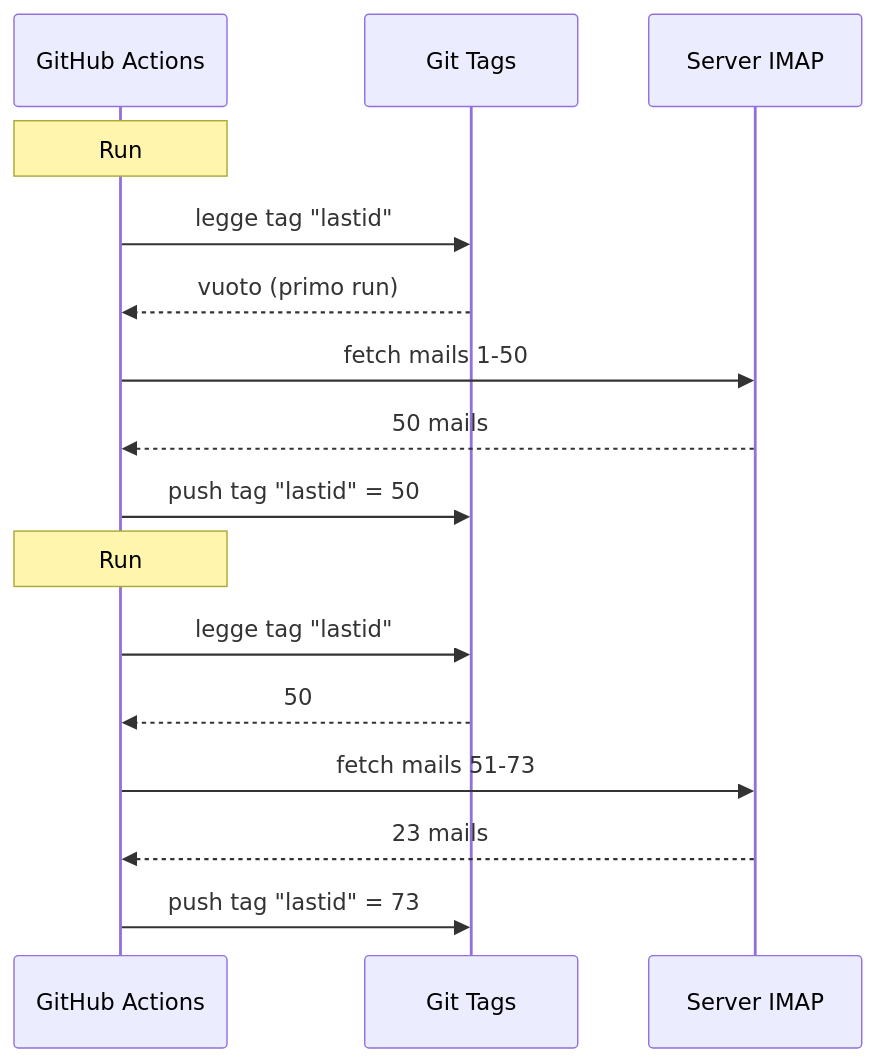
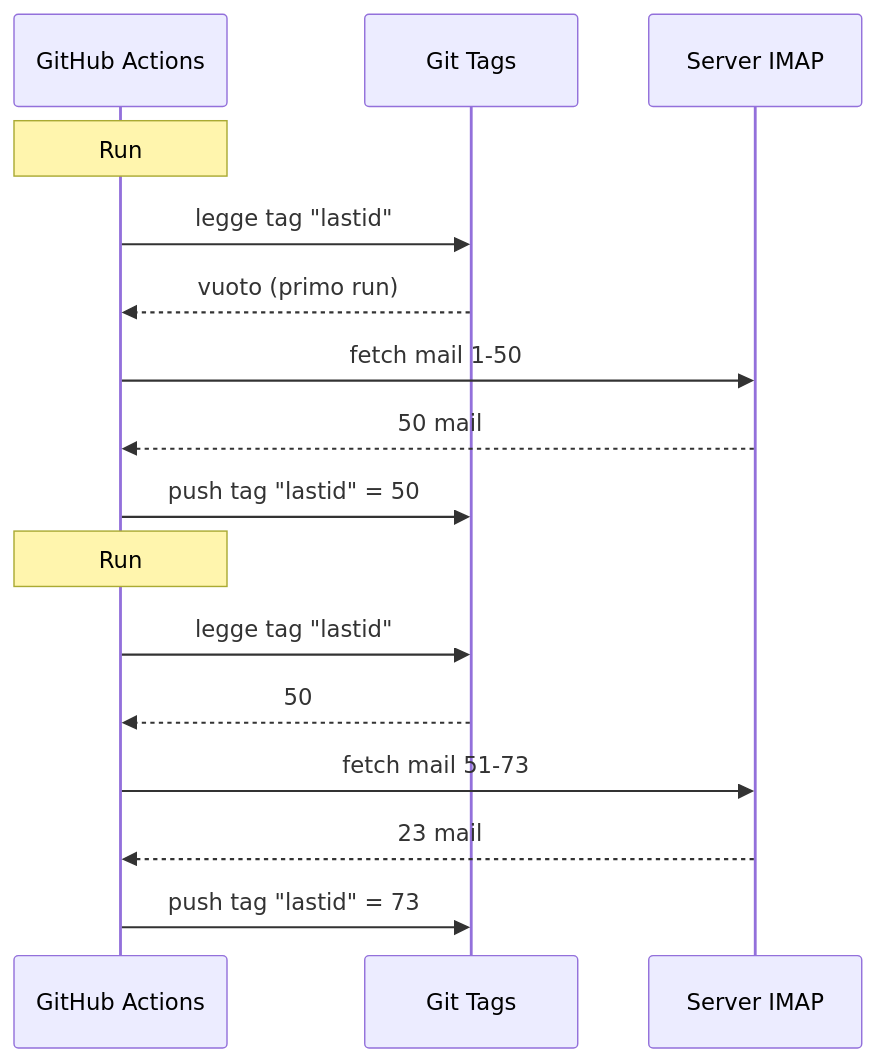
One commit to fox3000foxy/fox3000foxy.github.io changed the diagram in public/articles/it/email-autoreply.md. Above: the diagram before and after it, drawn with Mermaid. The commit also changed other lines of this file and 576 other files, not shown here.

````diff
--- a/public/articles/it/email-autoreply.md
+++ b/public/articles/it/email-autoreply.md
@@ -61,20 +59,20 @@
 ```mermaid
 sequenceDiagram
     participant GH as GitHub Actions
     participant GIT as Git Tags
     participant IMAP as Server IMAP
-    
+
     Note over GH: Run #1
     GH->>GIT: legge tag "lastid"
     GIT-->>GH: vuoto (primo run)
-    GH->>IMAP: fetch mails 1-50
-    IMAP-->>GH: 50 mails
+    GH->>IMAP: fetch mail 1-50
+    IMAP-->>GH: 50 mail
     GH->>GIT: push tag "lastid" = 50
-    
+
     Note over GH: Run #2
     GH->>GIT: legge tag "lastid"
     GIT-->>GH: 50
-    GH->>IMAP: fetch mails 51-73
-    IMAP-->>GH: 23 mails
+    GH->>IMAP: fetch mail 51-73
+    IMAP-->>GH: 23 mail
     GH->>GIT: push tag "lastid" = 73
 ```
````
